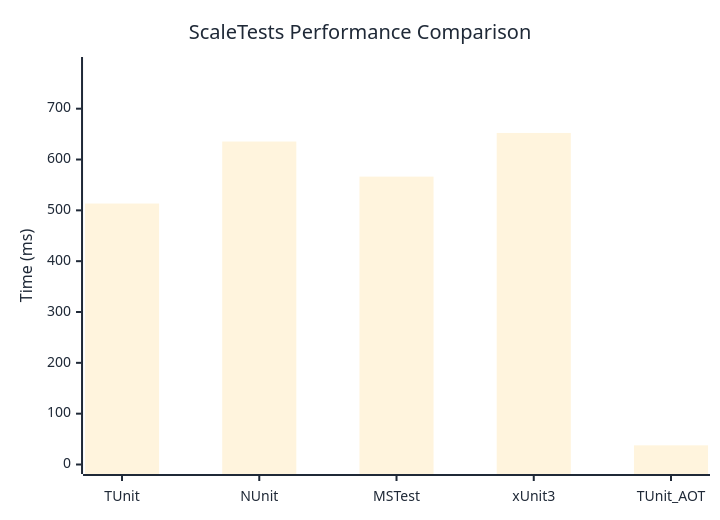
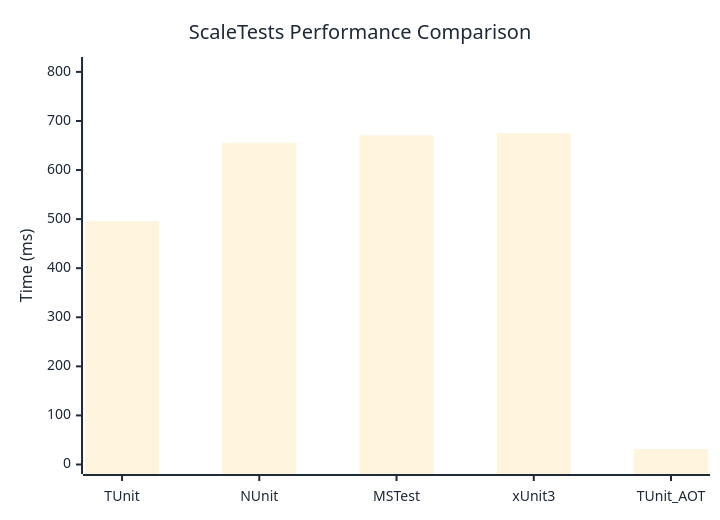
The diagram in docs/docs/benchmarks/ScaleTests.md (thomhurst/TUnit), drawn with Mermaid before and after one commit. The commit also changed other lines of this file and 17 other files, not shown here.

````diff
--- a/docs/docs/benchmarks/ScaleTests.md
+++ b/docs/docs/benchmarks/ScaleTests.md
@@ -27,37 +27,37 @@
 ```mermaid
 %%{init: {
   'theme':'base',
   'themeVariables': {
     'primaryColor': '#2563eb',
     'primaryTextColor': '#1f2937',
     'primaryBorderColor': '#1e40af',
     'lineColor': '#6b7280',
     'secondaryColor': '#7c3aed',
     'tertiaryColor': '#dc2626',
     'background': '#ffffff',
     'mainBkg': '#2563eb',
     'secondBkg': '#7c3aed',
     'tertiaryBkg': '#dc2626',
     'clusterBkg': '#f3f4f6',
     'edgeLabelBackground': '#ffffff',
     'tertiaryTextColor': '#1f2937',
     'pie1': '#2563eb',
     'pie2': '#7c3aed',
     'pie3': '#dc2626',
     'pie4': '#f59e0b',
     'pie5': '#10b981',
     'pie6': '#06b6d4',
     'pie7': '#ec4899',
     'pie8': '#6366f1',
     'pie9': '#84cc16',
     'pie10': '#f97316',
     'pie11': '#14b8a6',
     'pie12': '#a855f7'
   }
 }}%%
 xychart-beta
   title "ScaleTests Performance Comparison"
   x-axis ["TUnit", "NUnit", "MSTest", "xUnit3", "TUnit_AOT"]
-  y-axis "Time (ms)" 0 --> 783
-  bar [513.43, 635.38, 566.37, 652.24, 37.69]
+  y-axis "Time (ms)" 0 --> 811
+  bar [496.09, 655.59, 670.7, 675.44, 31.42]
 ```
````
